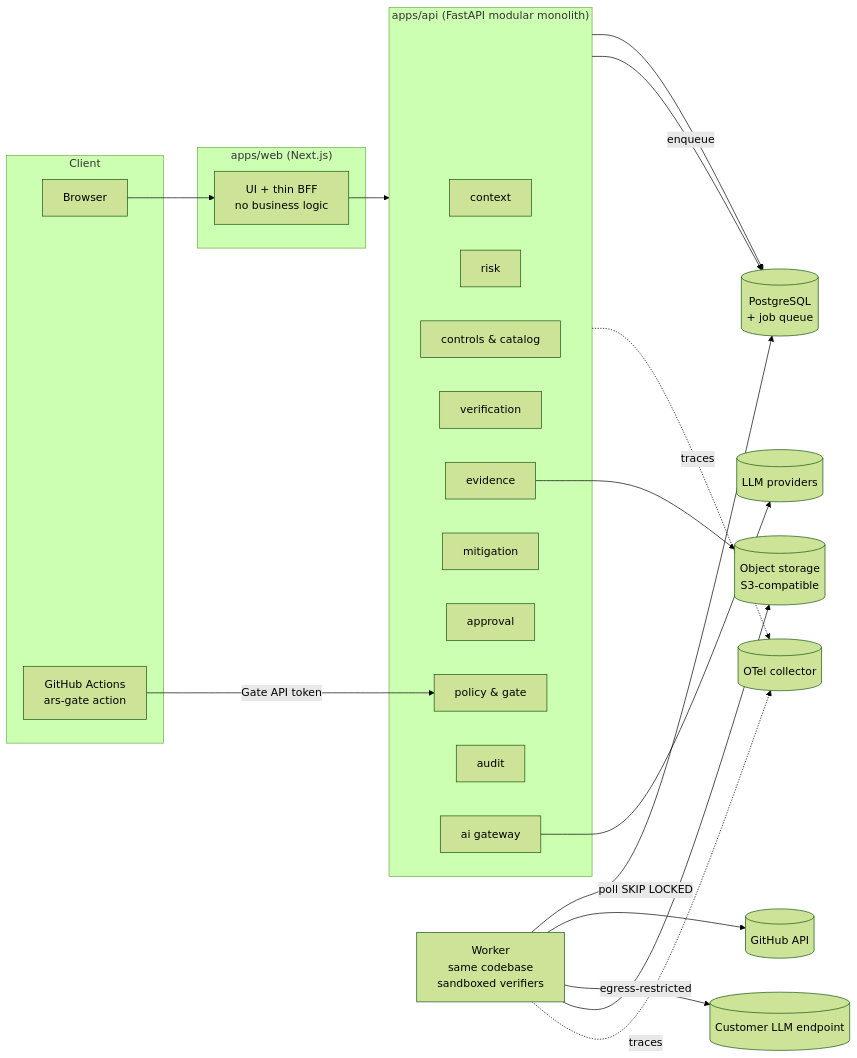
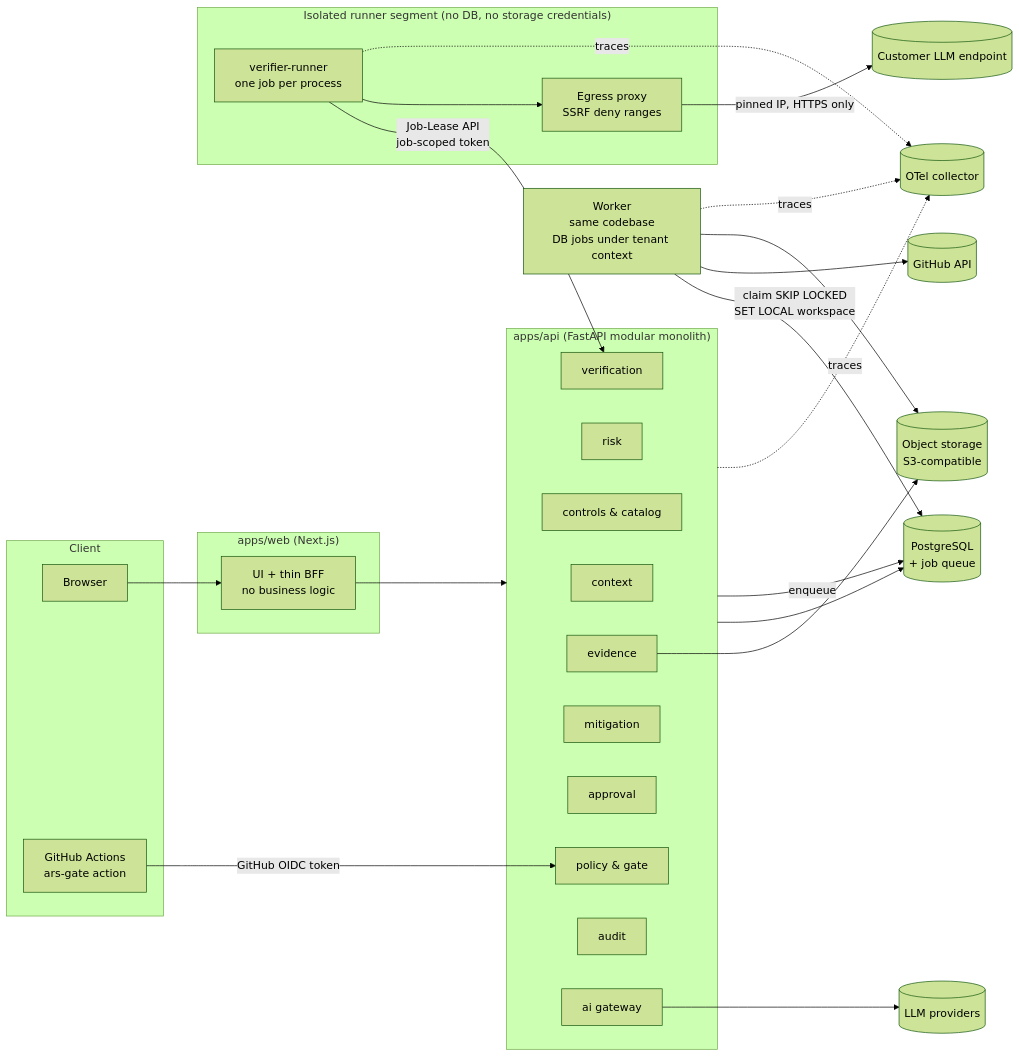
Before and after one commit to amandavictoriacouto/ai-reliability-studio: the diagram in docs/architecture/mvp-architecture.md, drawn with Mermaid (forest theme). The commit also changed other lines of this file and 6 other files, not shown here.

First line of the commit message:
docs(architecture): add job queue roles and runner Job-Lease API

````diff
--- a/docs/architecture/mvp-architecture.md
+++ b/docs/architecture/mvp-architecture.md
@@ -19,42 +19,48 @@
 ```mermaid
 flowchart LR
   subgraph Client
     B[Browser]
     CI[GitHub Actions\nars-gate action]
   end
   subgraph Web["apps/web (Next.js)"]
     UI[UI + thin BFF\nno business logic]
   end
   subgraph API["apps/api (FastAPI modular monolith)"]
     CTX[context]
     RSK[risk]
     CTL[controls & catalog]
     VER[verification]
     EVD[evidence]
     MIT[mitigation]
     APR[approval]
     POL[policy & gate]
     AUD[audit]
     AIL[ai gateway]
   end
-  W[Worker\nsame codebase\nsandboxed verifiers]
+  W[Worker\nsame codebase\nDB jobs under tenant context]
+  subgraph Isolated["Isolated runner segment (no DB, no storage credentials)"]
+    VR[verifier-runner\none job per process]
+    PX[Egress proxy\nSSRF deny ranges]
+  end
   DB[(PostgreSQL\n+ job queue)]
   OBJ[(Object storage\nS3-compatible)]
   LLM[(LLM providers)]
   GH[(GitHub API)]
   EP[(Customer LLM endpoint)]
   OTEL[(OTel collector)]
 
   B --> UI --> API
-  CI -->|Gate API token| POL
+  CI -->|GitHub OIDC token| POL
   API --> DB
   EVD --> OBJ
   AIL --> LLM
   API -->|enqueue| DB
-  W -->|poll SKIP LOCKED| DB
+  W -->|claim SKIP LOCKED\nSET LOCAL workspace| DB
   W --> GH
-  W -->|egress-restricted| EP
   W --> OBJ
+  VR -->|Job-Lease API\njob-scoped token| VER
+  VR --> PX -->|pinned IP, HTTPS only| EP
   API -. traces .-> OTEL
   W -. traces .-> OTEL
+  VR -. traces .-> OTEL
 ```
````
